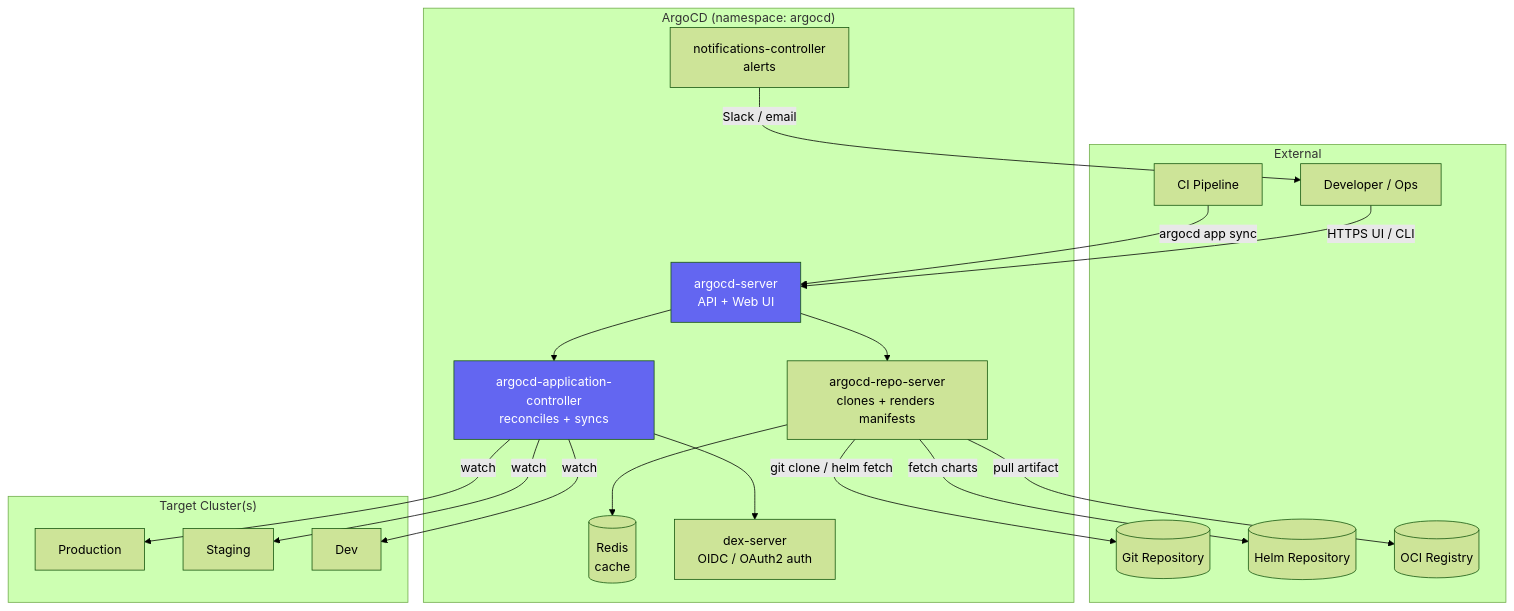
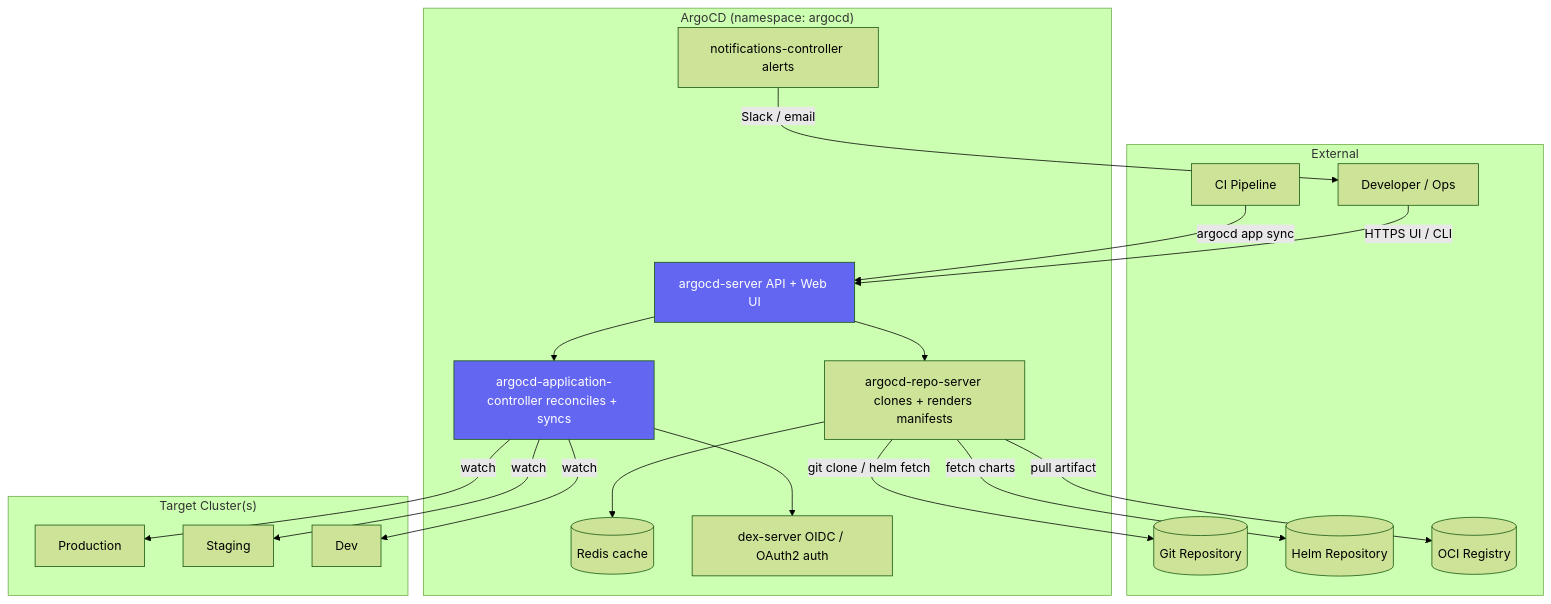
One commit to UncleJS/course_k3s changed the diagram in 11_gitops/03_argocd_install_and_setup.md. Above: the diagram before and after it, drawn with Mermaid (forest theme). The commit also changed other lines of this file and 57 other files, not shown here.

````diff
--- a/11_gitops/03_argocd_install_and_setup.md
+++ b/11_gitops/03_argocd_install_and_setup.md
@@ -29,42 +29,42 @@
 ```mermaid
 graph TD
     subgraph External
         GIT[(Git Repository)]
         HELM_REPO[(Helm Repository)]
         OCI[(OCI Registry)]
         USER[Developer / Ops]
         CI[CI Pipeline]
     end
 
     subgraph ArgoCD["ArgoCD (namespace: argocd)"]
-        API[argocd-server\nAPI + Web UI]
-        REPO_SRV[argocd-repo-server\nclones + renders manifests]
-        APP_CTRL[argocd-application-controller\nreconciles + syncs]
-        REDIS[(Redis\ncache)]
-        DEXSERVER[dex-server\nOIDC / OAuth2 auth]
-        NOTIF[notifications-controller\nalerts]
+        API[argocd-server API + Web UI]
+        REPO_SRV[argocd-repo-server clones + renders manifests]
+        APP_CTRL[argocd-application-controller reconciles + syncs]
+        REDIS[(Redis cache)]
+        DEXSERVER[dex-server OIDC / OAuth2 auth]
+        NOTIF[notifications-controller alerts]
     end
 
     subgraph Target["Target Cluster(s)"]
         K8S1[Production]
         K8S2[Staging]
         K8S3[Dev]
     end
 
     USER -->|HTTPS UI / CLI| API
     CI -->|argocd app sync| API
     API --> REPO_SRV
     REPO_SRV -->|git clone / helm fetch| GIT
     REPO_SRV -->|fetch charts| HELM_REPO
     REPO_SRV -->|pull artifact| OCI
     REPO_SRV --> REDIS
     API --> APP_CTRL
     APP_CTRL -->|watch| K8S1
     APP_CTRL -->|watch| K8S2
     APP_CTRL -->|watch| K8S3
     APP_CTRL --> DEXSERVER
     NOTIF -->|Slack / email| USER
 
     style API fill:#6366f1,color:#fff
     style APP_CTRL fill:#6366f1,color:#fff
 ```
````
